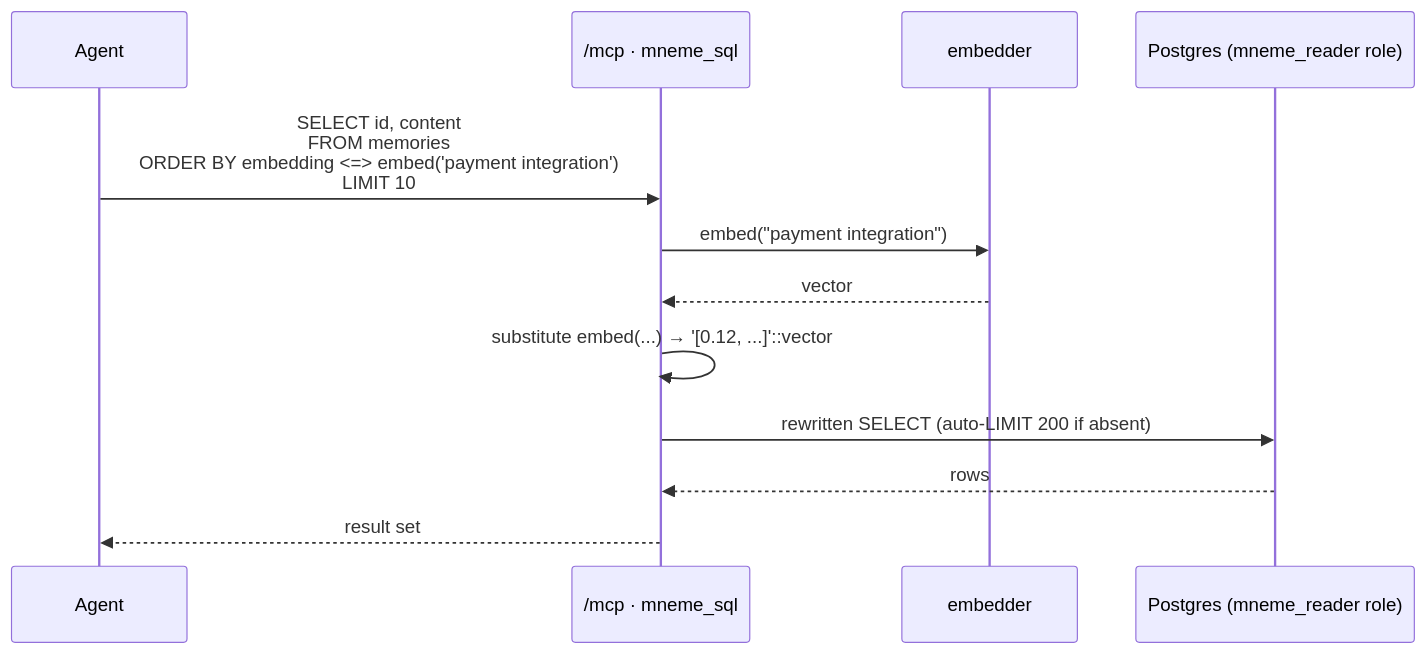
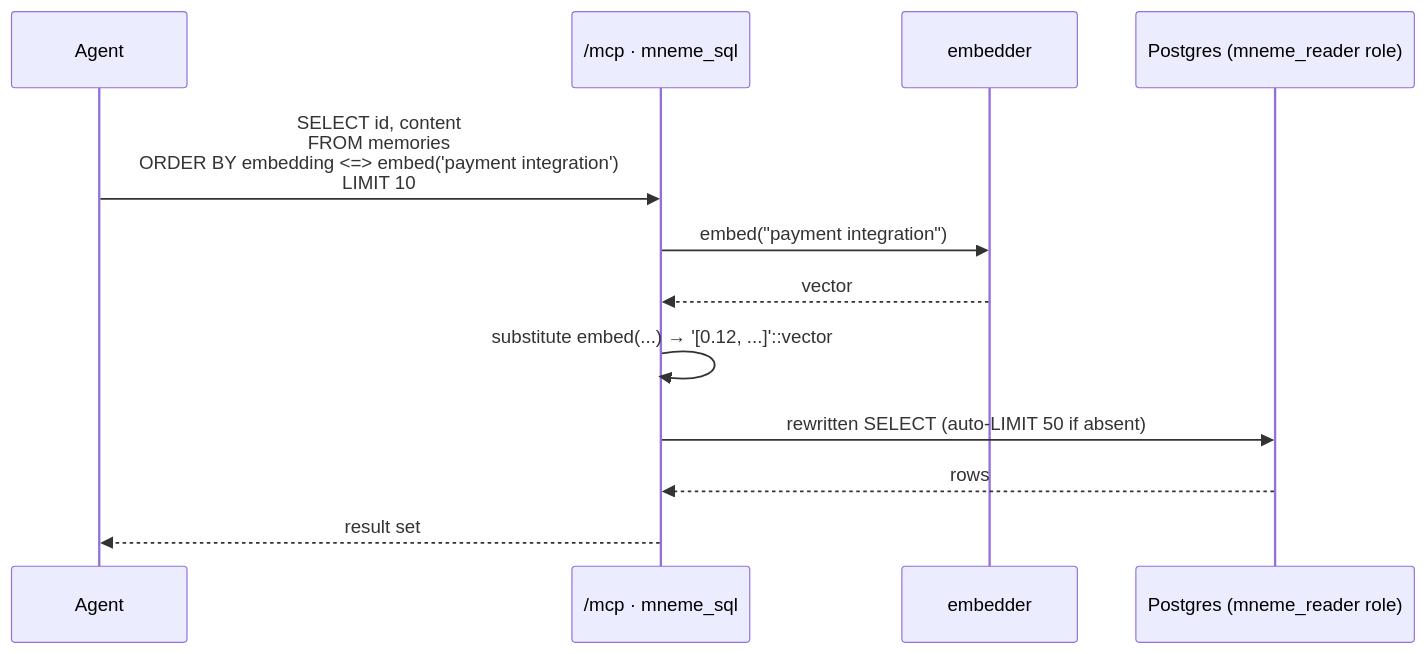
One commit to j10ra/mneme changed the diagram in docs/recall.md. Above: the diagram before and after it, drawn with Mermaid. The commit also changed other lines of this file and 5 other files, not shown here.

````diff
--- a/docs/recall.md
+++ b/docs/recall.md
@@ -15,15 +15,15 @@
 ```mermaid
 sequenceDiagram
     participant Agent
     participant MCP as /mcp · mneme_sql
     participant E as embedder
     participant DB as Postgres (mneme_reader role)
 
     Agent->>MCP: SELECT id, content<br/>FROM memories<br/>ORDER BY embedding <=> embed('payment integration')<br/>LIMIT 10
     MCP->>E: embed("payment integration")
     E-->>MCP: vector
     MCP->>MCP: substitute embed(...) → '[0.12, ...]'::vector
-    MCP->>DB: rewritten SELECT (auto-LIMIT 200 if absent)
+    MCP->>DB: rewritten SELECT (auto-LIMIT 50 if absent)
     DB-->>MCP: rows
     MCP-->>Agent: result set
 ```
````
